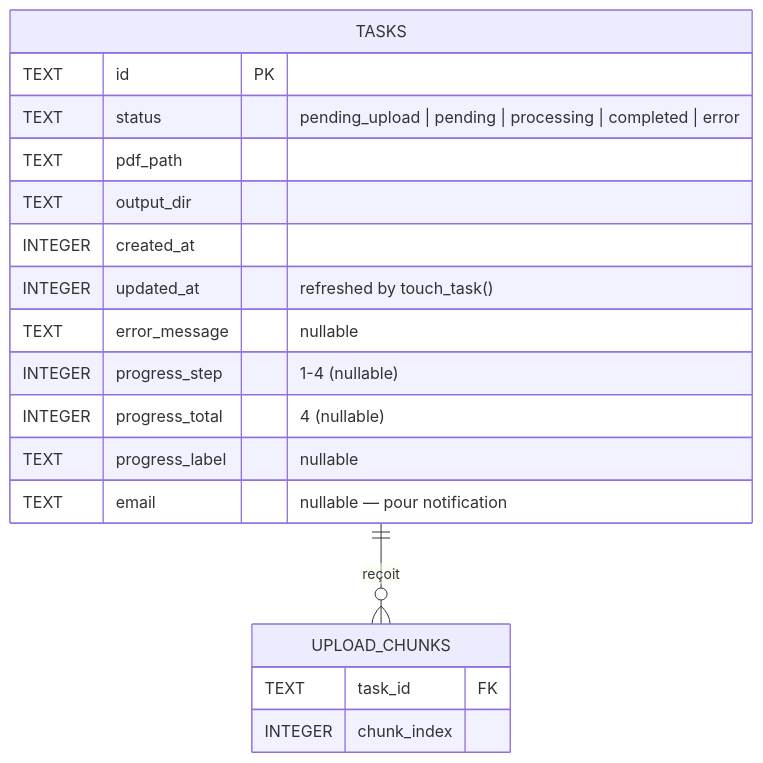
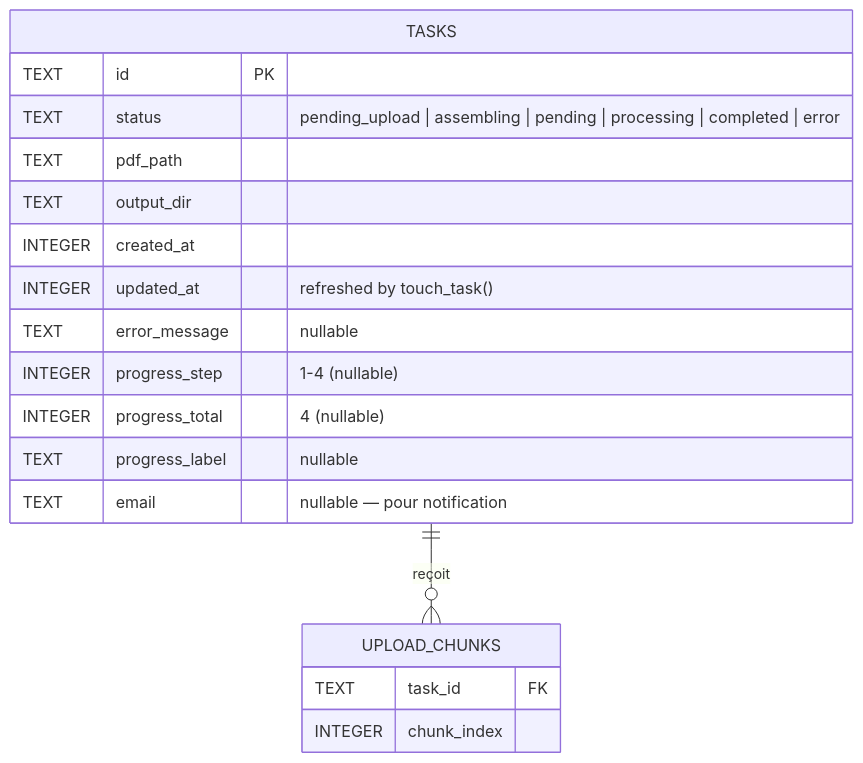
One commit to CRH-EHESS/Histoolbox changed the sixth of 7 diagrams in ARCHITECTURE.md. Above: the diagram before and after it, drawn with Mermaid. The commit also changed other lines of this file and 7 other files, not shown here.

````diff
--- a/ARCHITECTURE.md
+++ b/ARCHITECTURE.md
@@ -254,21 +257,21 @@
 ```mermaid
 erDiagram
     TASKS {
         TEXT id PK
-        TEXT status "pending_upload | pending | processing | completed | error"
+        TEXT status "pending_upload | assembling | pending | processing | completed | error"
         TEXT pdf_path
         TEXT output_dir
         INTEGER created_at
         INTEGER updated_at "refreshed by touch_task()"
         TEXT error_message "nullable"
         INTEGER progress_step "1-4 (nullable)"
         INTEGER progress_total "4 (nullable)"
         TEXT progress_label "nullable"
         TEXT email "nullable — pour notification"
     }
     UPLOAD_CHUNKS {
         TEXT task_id FK
         INTEGER chunk_index
     }
     TASKS ||--o{ UPLOAD_CHUNKS : "reçoit"
 ```
````
